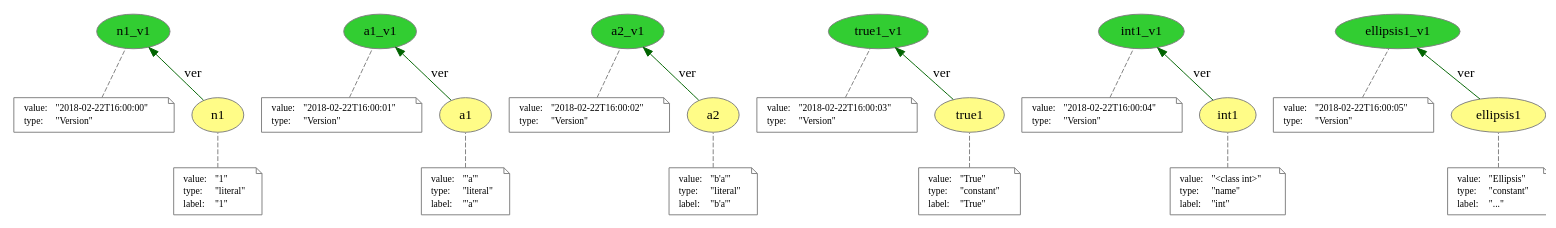
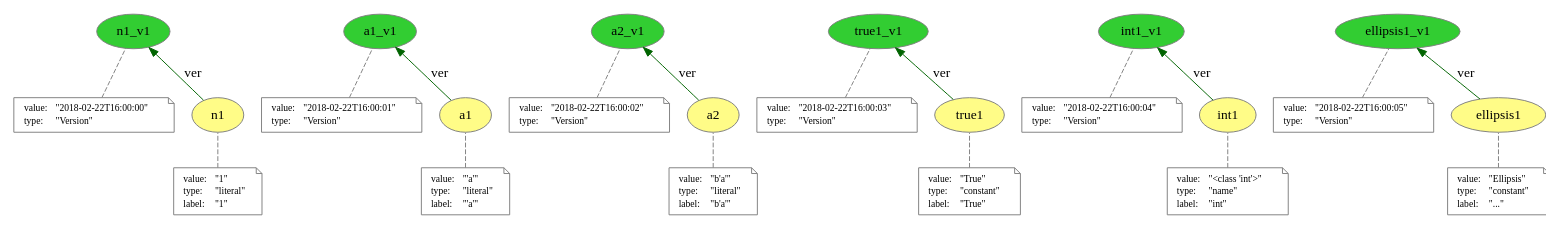
One commit to dew-uff/versioned-prov changed the diagram in explicit_versioned/names.dot. Above: the diagram before and after it, drawn with Graphviz. The commit also changed 8 other files, not shown here.

```diff
--- a/explicit_versioned/names.dot
+++ b/explicit_versioned/names.dot
@@ -1,176 +1,176 @@
 digraph "PROV" { size="16,12"; rankdir="BT";
 "http://example.org/n1" [fillcolor="#FFFC87",color="#808080",style="filled",label="n1",URL="http://example.org/n1"]
 "-attrs0" [color="gray",shape="note",fontsize="10",fontcolor="black",label=<<TABLE cellpadding="0" border="0">
 	<TR>
 	    <TD align="left">value:</TD>
 	    <TD align="left">&quot;1&quot;</TD>
 	</TR>
 	<TR>
 	    <TD align="left">type:</TD>
 	    <TD align="left">&quot;literal&quot;</TD>
 	</TR>
 	<TR>
 	    <TD align="left">label:</TD>
 	    <TD align="left">&quot;1&quot;</TD>
 	</TR>
 </TABLE>>]
 "-attrs0" -> "http://example.org/n1" [color="gray",style="dashed",arrowhead="none"]
 "http://example.org/n1_v1" [fillcolor="#32CD32",color="#808080",style="filled",label="n1_v1",URL="http://example.org/n1_v1"]
 "-attrs1" [color="gray",shape="note",fontsize="10",fontcolor="black",label=<<TABLE cellpadding="0" border="0">
 	<TR>
 	    <TD align="left">value:</TD>
 	    <TD align="left">&quot;2018-02-22T16:00:00&quot;</TD>
 	</TR>
 	<TR>
 	    <TD align="left">type:</TD>
 	    <TD align="left">&quot;Version&quot;</TD>
 	</TR>
 </TABLE>>]
 "-attrs1" -> "http://example.org/n1_v1" [color="gray",style="dashed",arrowhead="none"]
 "http://example.org/n1" -> "http://example.org/n1_v1" [labelfontsize="8",labeldistance="1.5",color="darkgreen",labelangle="60.0",rotation="20",label="ver"]
 "http://example.org/a1" [fillcolor="#FFFC87",color="#808080",style="filled",label="a1",URL="http://example.org/a1"]
 "-attrs2" [color="gray",shape="note",fontsize="10",fontcolor="black",label=<<TABLE cellpadding="0" border="0">
 	<TR>
 	    <TD align="left">value:</TD>
 	    <TD align="left">&quot;&#x27;a&#x27;&quot;</TD>
 	</TR>
 	<TR>
 	    <TD align="left">type:</TD>
 	    <TD align="left">&quot;literal&quot;</TD>
 	</TR>
 	<TR>
 	    <TD align="left">label:</TD>
 	    <TD align="left">&quot;&#x27;a&#x27;&quot;</TD>
 	</TR>
 </TABLE>>]
 "-attrs2" -> "http://example.org/a1" [color="gray",style="dashed",arrowhead="none"]
 "http://example.org/a1_v1" [fillcolor="#32CD32",color="#808080",style="filled",label="a1_v1",URL="http://example.org/a1_v1"]
 "-attrs3" [color="gray",shape="note",fontsize="10",fontcolor="black",label=<<TABLE cellpadding="0" border="0">
 	<TR>
 	    <TD align="left">value:</TD>
 	    <TD align="left">&quot;2018-02-22T16:00:01&quot;</TD>
 	</TR>
 	<TR>
 	    <TD align="left">type:</TD>
 	    <TD align="left">&quot;Version&quot;</TD>
 	</TR>
 </TABLE>>]
 "-attrs3" -> "http://example.org/a1_v1" [color="gray",style="dashed",arrowhead="none"]
 "http://example.org/a1" -> "http://example.org/a1_v1" [labelfontsize="8",labeldistance="1.5",color="darkgreen",labelangle="60.0",rotation="20",label="ver"]
 "http://example.org/a2" [fillcolor="#FFFC87",color="#808080",style="filled",label="a2",URL="http://example.org/a2"]
 "-attrs4" [color="gray",shape="note",fontsize="10",fontcolor="black",label=<<TABLE cellpadding="0" border="0">
 	<TR>
 	    <TD align="left">value:</TD>
 	    <TD align="left">&quot;b&#x27;a&#x27;&quot;</TD>
 	</TR>
 	<TR>
 	    <TD align="left">type:</TD>
 	    <TD align="left">&quot;literal&quot;</TD>
 	</TR>
 	<TR>
 	    <TD align="left">label:</TD>
 	    <TD align="left">&quot;b&#x27;a&#x27;&quot;</TD>
 	</TR>
 </TABLE>>]
 "-attrs4" -> "http://example.org/a2" [color="gray",style="dashed",arrowhead="none"]
 "http://example.org/a2_v1" [fillcolor="#32CD32",color="#808080",style="filled",label="a2_v1",URL="http://example.org/a2_v1"]
 "-attrs5" [color="gray",shape="note",fontsize="10",fontcolor="black",label=<<TABLE cellpadding="0" border="0">
 	<TR>
 	    <TD align="left">value:</TD>
 	    <TD align="left">&quot;2018-02-22T16:00:02&quot;</TD>
 	</TR>
 	<TR>
 	    <TD align="left">type:</TD>
 	    <TD align="left">&quot;Version&quot;</TD>
 	</TR>
 </TABLE>>]
 "-attrs5" -> "http://example.org/a2_v1" [color="gray",style="dashed",arrowhead="none"]
 "http://example.org/a2" -> "http://example.org/a2_v1" [labelfontsize="8",labeldistance="1.5",color="darkgreen",labelangle="60.0",rotation="20",label="ver"]
 "http://example.org/true1" [fillcolor="#FFFC87",color="#808080",style="filled",label="true1",URL="http://example.org/true1"]
 "-attrs6" [color="gray",shape="note",fontsize="10",fontcolor="black",label=<<TABLE cellpadding="0" border="0">
 	<TR>
 	    <TD align="left">value:</TD>
 	    <TD align="left">&quot;True&quot;</TD>
 	</TR>
 	<TR>
 	    <TD align="left">type:</TD>
 	    <TD align="left">&quot;constant&quot;</TD>
 	</TR>
 	<TR>
 	    <TD align="left">label:</TD>
 	    <TD align="left">&quot;True&quot;</TD>
 	</TR>
 </TABLE>>]
 "-attrs6" -> "http://example.org/true1" [color="gray",style="dashed",arrowhead="none"]
 "http://example.org/true1_v1" [fillcolor="#32CD32",color="#808080",style="filled",label="true1_v1",URL="http://example.org/true1_v1"]
 "-attrs7" [color="gray",shape="note",fontsize="10",fontcolor="black",label=<<TABLE cellpadding="0" border="0">
 	<TR>
 	    <TD align="left">value:</TD>
 	    <TD align="left">&quot;2018-02-22T16:00:03&quot;</TD>
 	</TR>
 	<TR>
 	    <TD align="left">type:</TD>
 	    <TD align="left">&quot;Version&quot;</TD>
 	</TR>
 </TABLE>>]
 "-attrs7" -> "http://example.org/true1_v1" [color="gray",style="dashed",arrowhead="none"]
 "http://example.org/true1" -> "http://example.org/true1_v1" [labelfontsize="8",labeldistance="1.5",color="darkgreen",labelangle="60.0",rotation="20",label="ver"]
 "http://example.org/int1" [fillcolor="#FFFC87",color="#808080",style="filled",label="int1",URL="http://example.org/int1"]
 "-attrs8" [color="gray",shape="note",fontsize="10",fontcolor="black",label=<<TABLE cellpadding="0" border="0">
 	<TR>
 	    <TD align="left">value:</TD>
-	    <TD align="left">&quot;&lt;class int&gt;&quot;</TD>
+	    <TD align="left">&quot;&lt;class &#x27;int&#x27;&gt;&quot;</TD>
 	</TR>
 	<TR>
 	    <TD align="left">type:</TD>
 	    <TD align="left">&quot;name&quot;</TD>
 	</TR>
 	<TR>
 	    <TD align="left">label:</TD>
 	    <TD align="left">&quot;int&quot;</TD>
 	</TR>
 </TABLE>>]
 "-attrs8" -> "http://example.org/int1" [color="gray",style="dashed",arrowhead="none"]
 "http://example.org/int1_v1" [fillcolor="#32CD32",color="#808080",style="filled",label="int1_v1",URL="http://example.org/int1_v1"]
 "-attrs9" [color="gray",shape="note",fontsize="10",fontcolor="black",label=<<TABLE cellpadding="0" border="0">
 	<TR>
 	    <TD align="left">value:</TD>
 	    <TD align="left">&quot;2018-02-22T16:00:04&quot;</TD>
 	</TR>
 	<TR>
 	    <TD align="left">type:</TD>
 	    <TD align="left">&quot;Version&quot;</TD>
 	</TR>
 </TABLE>>]
 "-attrs9" -> "http://example.org/int1_v1" [color="gray",style="dashed",arrowhead="none"]
 "http://example.org/int1" -> "http://example.org/int1_v1" [labelfontsize="8",labeldistance="1.5",color="darkgreen",labelangle="60.0",rotation="20",label="ver"]
 "http://example.org/ellipsis1" [fillcolor="#FFFC87",color="#808080",style="filled",label="ellipsis1",URL="http://example.org/ellipsis1"]
 "-attrs10" [color="gray",shape="note",fontsize="10",fontcolor="black",label=<<TABLE cellpadding="0" border="0">
 	<TR>
 	    <TD align="left">value:</TD>
 	    <TD align="left">&quot;Ellipsis&quot;</TD>
 	</TR>
 	<TR>
 	    <TD align="left">type:</TD>
 	    <TD align="left">&quot;constant&quot;</TD>
 	</TR>
 	<TR>
 	    <TD align="left">label:</TD>
 	    <TD align="left">&quot;...&quot;</TD>
 	</TR>
 </TABLE>>]
 "-attrs10" -> "http://example.org/ellipsis1" [color="gray",style="dashed",arrowhead="none"]
 "http://example.org/ellipsis1_v1" [fillcolor="#32CD32",color="#808080",style="filled",label="ellipsis1_v1",URL="http://example.org/ellipsis1_v1"]
 "-attrs11" [color="gray",shape="note",fontsize="10",fontcolor="black",label=<<TABLE cellpadding="0" border="0">
 	<TR>
 	    <TD align="left">value:</TD>
 	    <TD align="left">&quot;2018-02-22T16:00:05&quot;</TD>
 	</TR>
 	<TR>
 	    <TD align="left">type:</TD>
 	    <TD align="left">&quot;Version&quot;</TD>
 	</TR>
 </TABLE>>]
 "-attrs11" -> "http://example.org/ellipsis1_v1" [color="gray",style="dashed",arrowhead="none"]
 "http://example.org/ellipsis1" -> "http://example.org/ellipsis1_v1" [labelfontsize="8",labeldistance="1.5",color="darkgreen",labelangle="60.0",rotation="20",label="ver"]
 }
```
